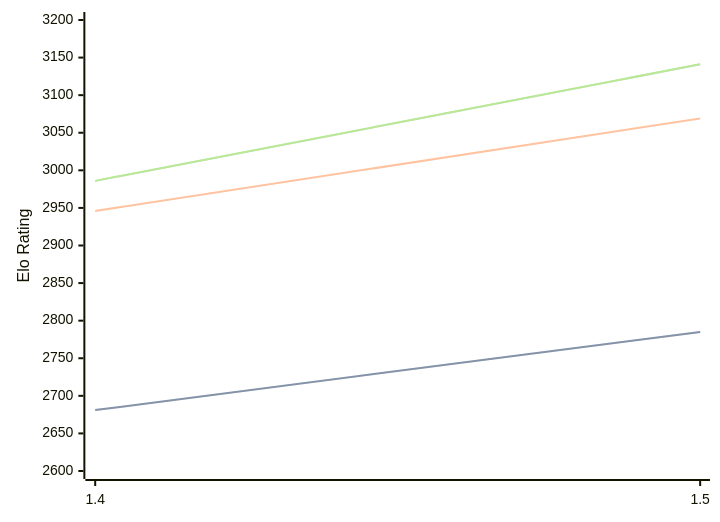
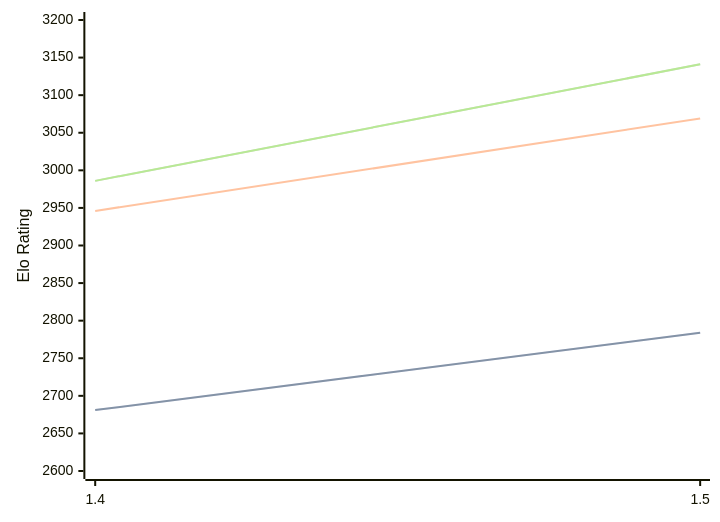
The diagram in engines/Yakka.md (computer-chess-index/cci), drawn with Mermaid before and after one commit. The commit also changed other lines of this file, not shown here.

Commit message:
Update CCI Ratings (ELO VLTC) - 2026-03-25

````diff
--- a/engines/Yakka.md
+++ b/engines/Yakka.md
@@ -36,11 +36,11 @@
 ```mermaid
 %%{init: {"theme":"base","themeVariables":{"seriesColors:['#a3a3a3','#222221','#faa371']}}}%%
 xychart-beta
   x-axis ["1.4", "1.5"]
   y-axis "Elo Rating" 2600 --> 3200
-  line "STC (8.0+0.08s)" [2681, 2785]
-  line "STC (8.0+0.08s)" [2681, 2785]
+  line "STC (8.0+0.08s)" [2681, 2784]
+  line "STC (8.0+0.08s)" [2681, 2784]
   line "LTC (60.0+0.60s)" [2946, 3069]
   line "VLTC (2m24s+1.12s)" [2986, 3141]
   line "VLTC (2m24s+1.12s)" [2986, 3141]
 ```
````
